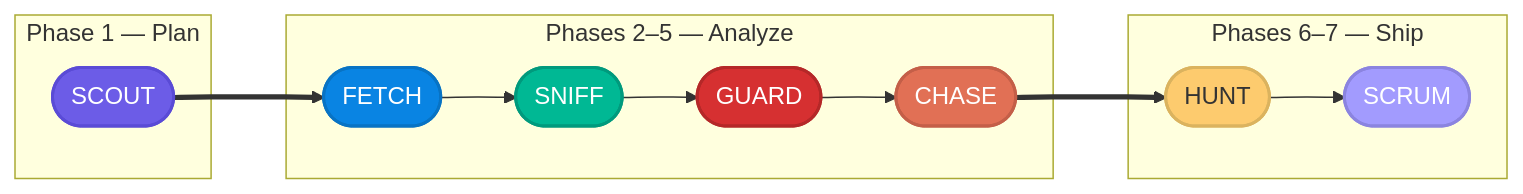
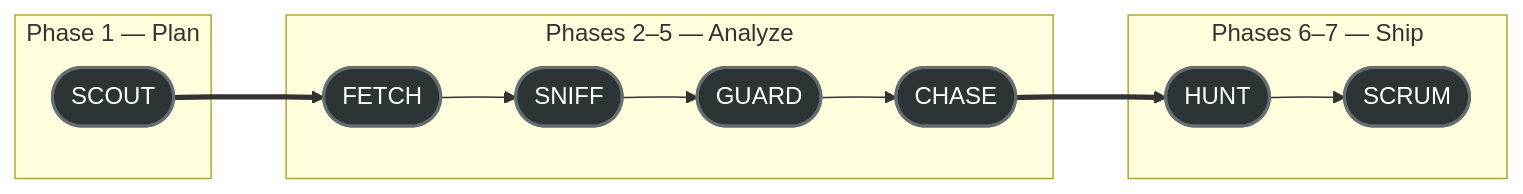
Before and after one commit to theLightArchitect/CORSO: the second of 2 diagrams in README.md, drawn with Mermaid. The commit also changed other lines of this file, not shown here.

Commit message:
Unify diagram color scheme across both diagrams

````diff
--- a/README.md
+++ b/README.md
@@ -55,33 +51,21 @@
 ```mermaid
 flowchart LR
     subgraph PLAN ["Phase 1 — Plan"]
         S([SCOUT])
     end
     subgraph ANALYZE ["Phases 2–5 — Analyze"]
         F([FETCH]) --> SN([SNIFF])
         SN --> G([GUARD])
         G --> C([CHASE])
     end
     subgraph SHIP ["Phases 6–7 — Ship"]
         H([HUNT]) --> SC([SCRUM])
     end
 
     S ==> F
     C ==> H
 
-    classDef plan fill:#6c5ce7,color:#fff,stroke:#5a4bd6,stroke-width:2px
-    classDef research fill:#0984e3,color:#fff,stroke:#0873c4,stroke-width:2px
-    classDef code fill:#00b894,color:#fff,stroke:#009a7d,stroke-width:2px
-    classDef security fill:#d63031,color:#fff,stroke:#b52828,stroke-width:2px
-    classDef test fill:#e17055,color:#fff,stroke:#c45f48,stroke-width:2px
-    classDef execute fill:#fdcb6e,color:#333,stroke:#dbb35e,stroke-width:2px
-    classDef review fill:#a29bfe,color:#fff,stroke:#8b84e0,stroke-width:2px
+    classDef phase fill:#2d3436,color:#fff,stroke:#636e72,stroke-width:2px
 
-    class S plan
-    class F research
-    class SN code
-    class G security
-    class C test
-    class H execute
-    class SC review
+    class S,F,SN,G,C,H,SC phase
 ```
````
